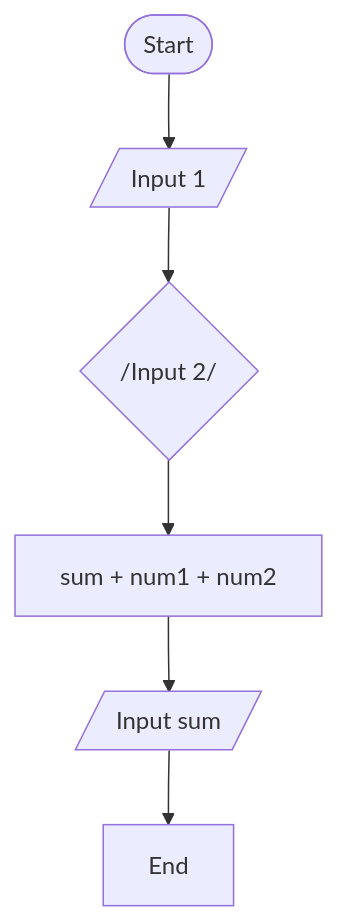
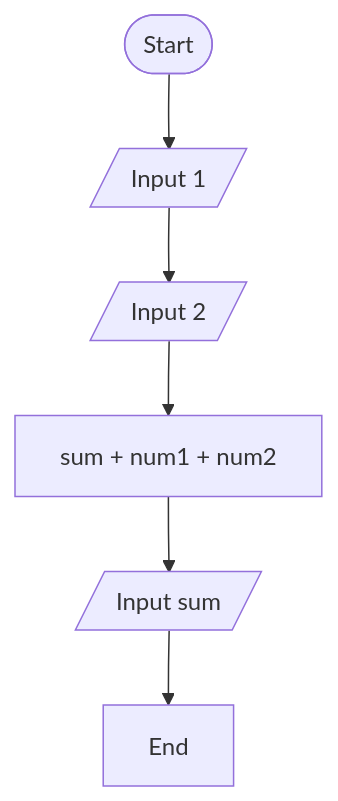
One commit to MicaElizabethObidos/cpp-week0-obidos changed the second of 3 diagrams in problem0_flowchart.md. Above: the diagram before and after it, drawn with Mermaid.

Commit message:
Fix input 2 formatting in flowchart

````diff
--- a/problem0_flowchart.md
+++ b/problem0_flowchart.md
@@ -11,8 +11,8 @@
 ```mermaid
 flowchart TD
 A([Start]) --> B[/Input 1/]
-B --> C{/Input 2/}
+B --> C[/Input 2/]
 C --> D[sum + num1 + num2]
 D --> E[/Input sum/]
 E --> F[End]
 ```
````
